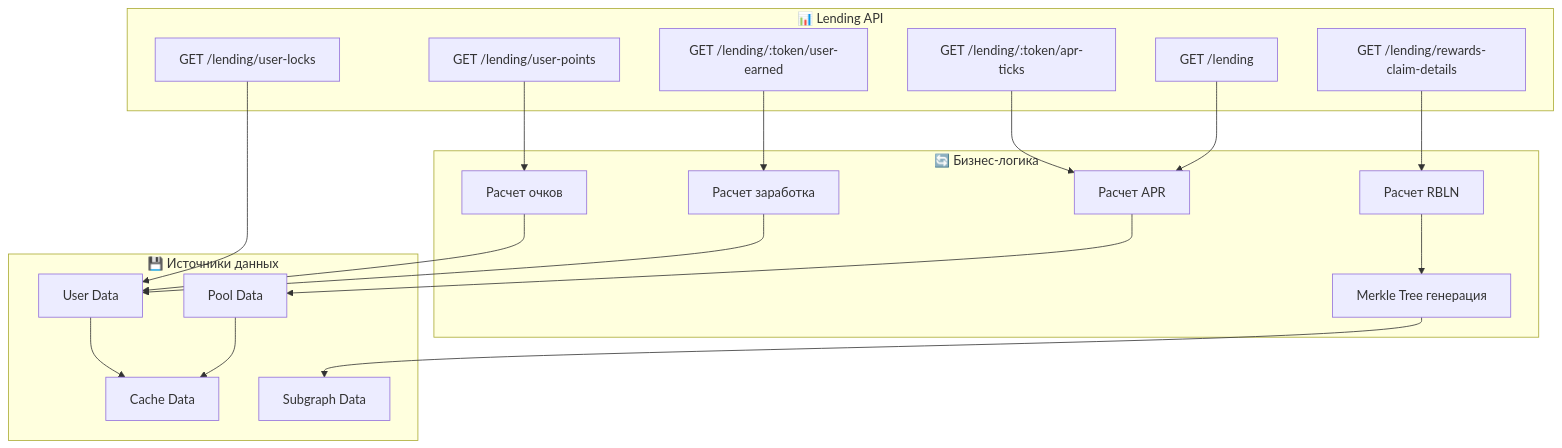
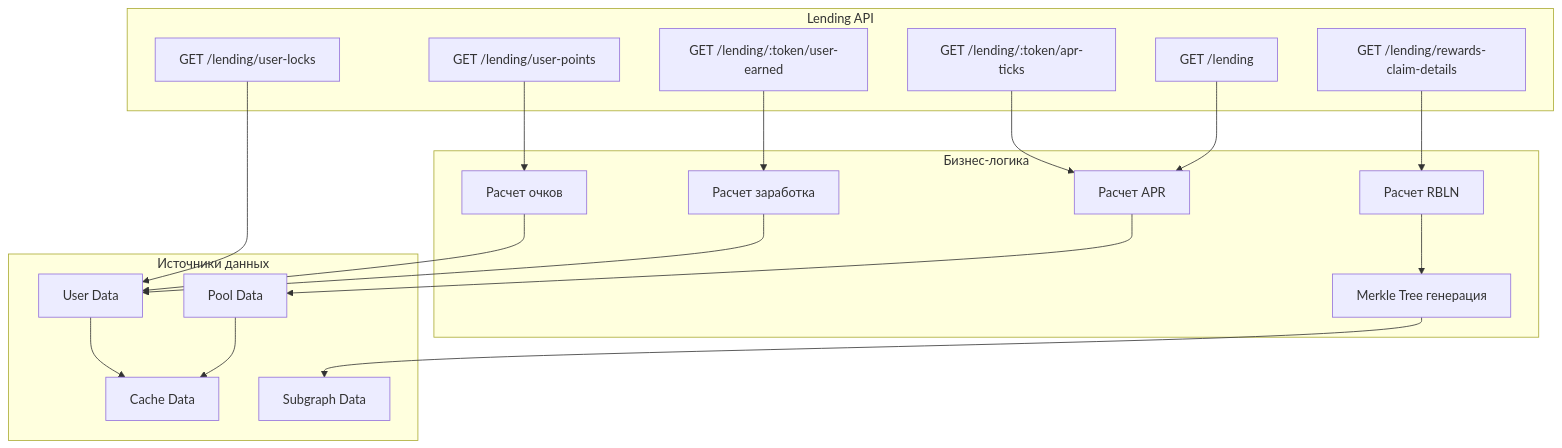
One commit to Thesauros/lending-contracts changed the sixth of 11 diagrams in docs/BUSINESS_LOGIC_GRAPH.md. Above: the diagram before and after it, drawn with Mermaid. The commit also changed other lines of this file and 1 other file, not shown here.

````diff
--- a/docs/BUSINESS_LOGIC_GRAPH.md
+++ b/docs/BUSINESS_LOGIC_GRAPH.md
@@ -214,42 +214,42 @@
 ```mermaid
 graph TB
-    subgraph "📊 Lending API"
+    subgraph "Lending API"
         GET_LENDING[GET /lending]
         APR_TICKS[GET /lending/:token/apr-ticks]
         USER_EARNED[GET /lending/:token/user-earned]
         USER_POINTS[GET /lending/user-points]
         USER_LOCKS[GET /lending/user-locks]
         REWARDS_CLAIM[GET /lending/rewards-claim-details]
     end
     
-    subgraph "🔄 Бизнес-логика"
+    subgraph "Бизнес-логика"
         CALC_APR[Расчет APR]
         CALC_EARNED[Расчет заработка]
         CALC_POINTS[Расчет очков]
         CALC_RBLN[Расчет RBLN]
         MERKLE_TREE[Merkle Tree генерация]
     end
     
-    subgraph "💾 Источники данных"
+    subgraph "Источники данных"
         POOL_DATA[Pool Data]
         USER_DATA[User Data]
         CACHE_DATA[Cache Data]
         SUBGRAPH_DATA[Subgraph Data]
     end
     
     GET_LENDING --> CALC_APR
     APR_TICKS --> CALC_APR
     USER_EARNED --> CALC_EARNED
     USER_POINTS --> CALC_POINTS
     USER_LOCKS --> USER_DATA
     REWARDS_CLAIM --> CALC_RBLN
     
     CALC_APR --> POOL_DATA
     CALC_EARNED --> USER_DATA
     CALC_POINTS --> USER_DATA
     CALC_RBLN --> MERKLE_TREE
     
     POOL_DATA --> CACHE_DATA
     USER_DATA --> CACHE_DATA
     MERKLE_TREE --> SUBGRAPH_DATA
 ```
````
